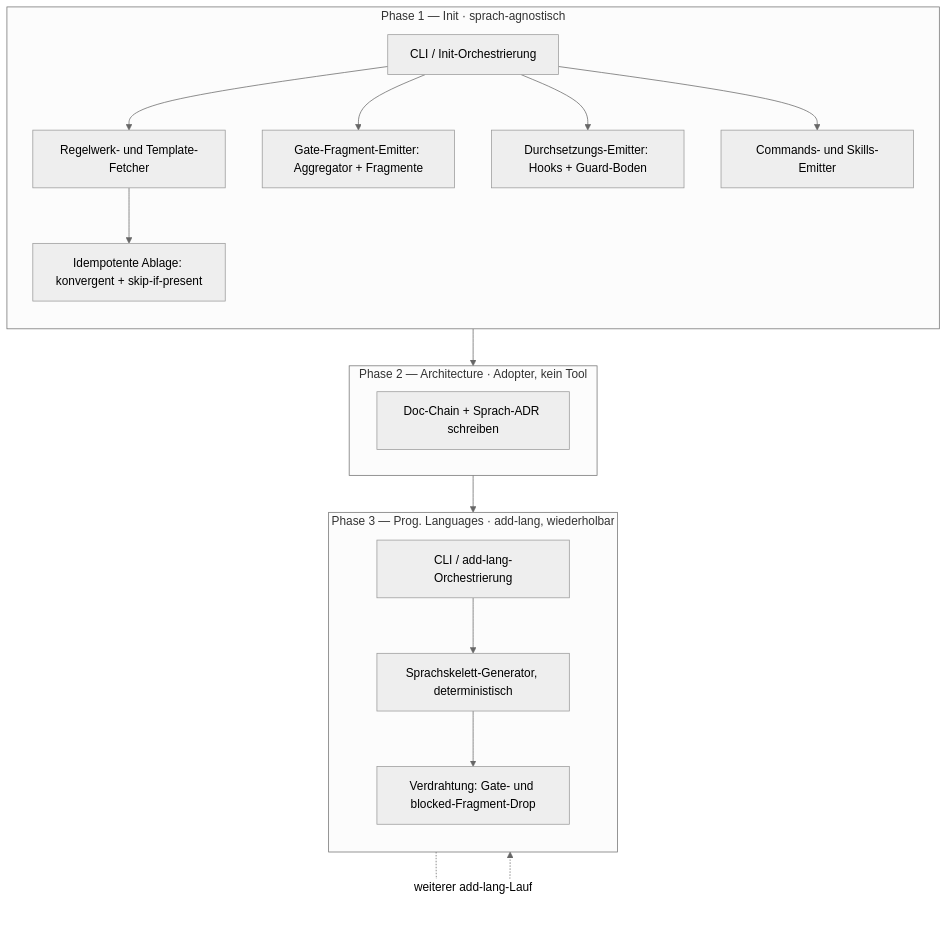
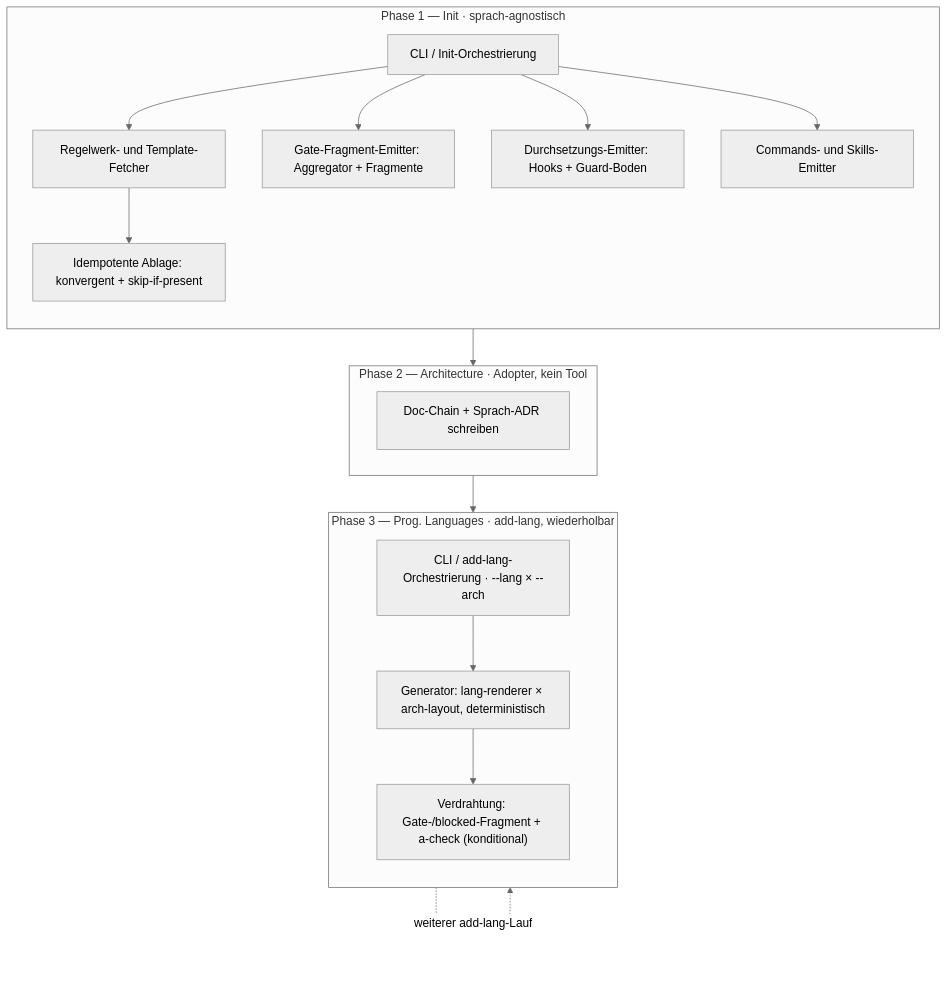
Before and after one commit to pt9912/ai-harness-init: the first of 3 diagrams in spec/architecture.md, drawn with Mermaid (neutral theme). The commit also changed other lines of this file, not shown here.

First line of the commit message:
spec: architecture.md-Nachzug (Arch-Achse) — ADR-0008-Folgepflicht (2)

````diff
--- a/spec/architecture.md
+++ b/spec/architecture.md
@@ -19,31 +28,31 @@
 ```mermaid
 flowchart TB
     subgraph P1["Phase 1 — Init · sprach-agnostisch"]
         direction TB
         CLI1[CLI / Init-Orchestrierung]
         Fetch[Regelwerk- und Template-Fetcher]
         Place[Idempotente Ablage: konvergent + skip-if-present]
         Gate[Gate-Fragment-Emitter: Aggregator + Fragmente]
         Enforce[Durchsetzungs-Emitter: Hooks + Guard-Boden]
         Emit[Commands- und Skills-Emitter]
         CLI1 --> Fetch
         Fetch --> Place
         CLI1 --> Gate
         CLI1 --> Enforce
         CLI1 --> Emit
     end
     subgraph P2["Phase 2 — Architecture · Adopter, kein Tool"]
         Doc[Doc-Chain + Sprach-ADR schreiben]
     end
     subgraph P3["Phase 3 — Prog. Languages · add-lang, wiederholbar"]
         direction TB
-        CLI3[CLI / add-lang-Orchestrierung]
-        Gen[Sprachskelett-Generator, deterministisch]
-        Wire[Verdrahtung: Gate- und blocked-Fragment-Drop]
+        CLI3["CLI / add-lang-Orchestrierung · --lang × --arch"]
+        Gen["Generator: lang-renderer × arch-layout, deterministisch"]
+        Wire["Verdrahtung: Gate-/blocked-Fragment + a-check (konditional)"]
         CLI3 --> Gen
         Gen --> Wire
     end
     P1 --> P2
     P2 --> P3
     P3 -. weiterer add-lang-Lauf .-> P3
 ```
````
